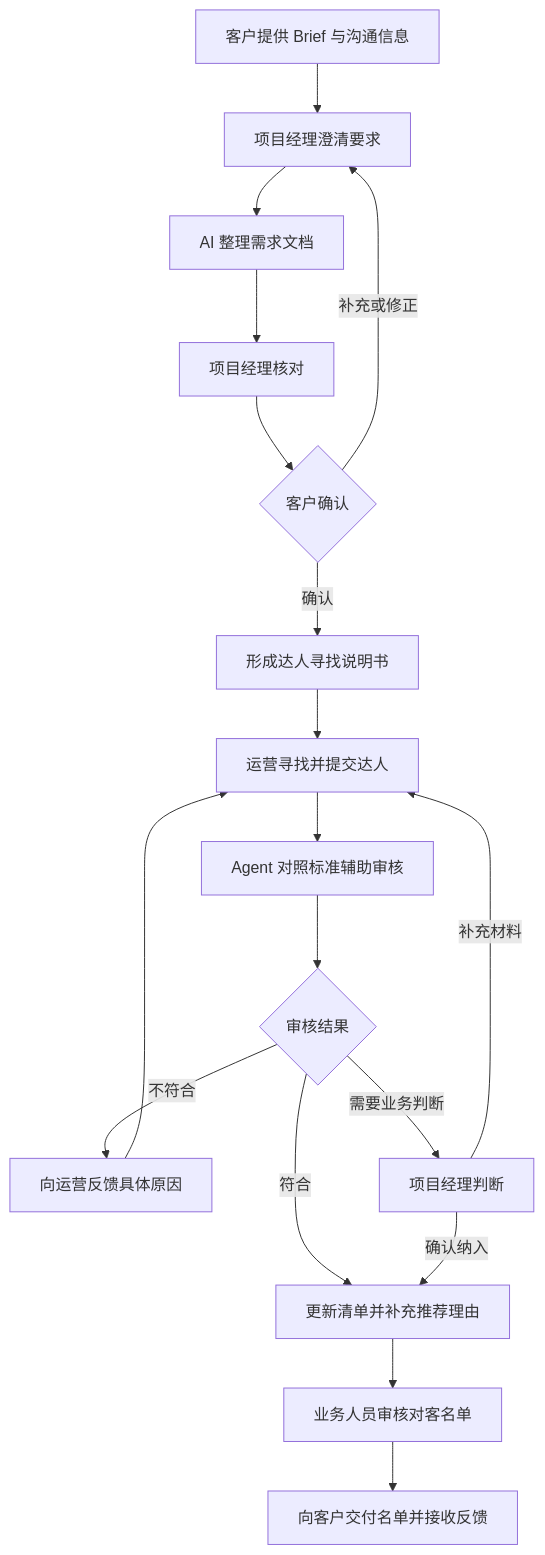
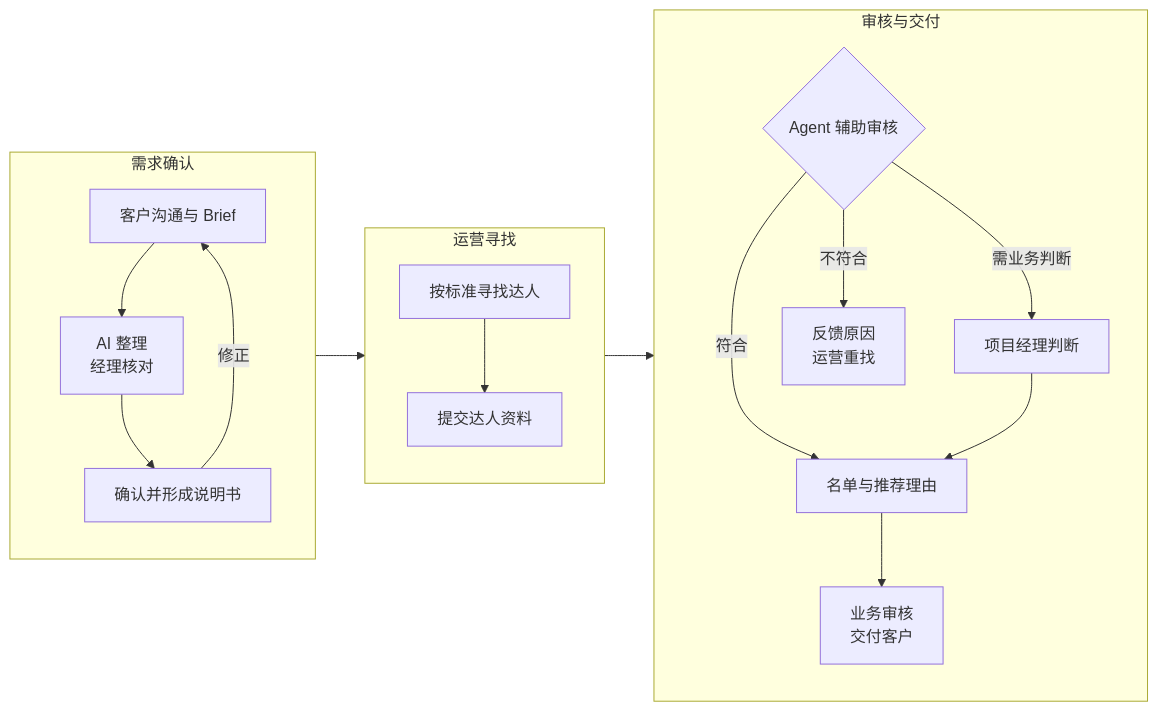
Before and after one commit to cytlabs/personal-site: the first of 2 diagrams in content/cases/creator-marketing-delivery.md, drawn with Mermaid. The commit also changed other lines of this file and 17 other files, not shown here.

First line of the commit message:
统一图表排版、主题和大图查看 (#15)

````diff
--- a/content/cases/creator-marketing-delivery.md
+++ b/content/cases/creator-marketing-delivery.md
@@ -15,20 +15,22 @@
 ```mermaid
-flowchart TD
-    A["客户提供 Brief 与沟通信息"] --> B["项目经理澄清要求"]
-    B --> C["AI 整理需求文档"]
-    C --> D["项目经理核对"]
-    D --> E{"客户确认"}
-    E -->|补充或修正| B
-    E -->|确认| F["形成达人寻找说明书"]
-    F --> G["运营寻找并提交达人"]
-    G --> H["Agent 对照标准辅助审核"]
-    H --> I{"审核结果"}
-    I -->|符合| J["更新清单并补充推荐理由"]
-    I -->|不符合| K["向运营反馈具体原因"]
-    I -->|需要业务判断| L["项目经理判断"]
-    K --> G
-    L -->|补充材料| G
-    L -->|确认纳入| J
-    J --> M["业务人员审核对客名单"]
-    M --> N["向客户交付名单并接收反馈"]
+flowchart LR
+    subgraph NEED["需求确认"]
+        direction TB
+        A["客户沟通与 Brief"] --> B["AI 整理<br/>经理核对"] --> C["确认并形成说明书"]
+        C -->|修正| A
+    end
+    subgraph SOURCE["运营寻找"]
+        direction TB
+        E["按标准寻找达人"] --> F["提交达人资料"]
+    end
+    subgraph REVIEW["审核与交付"]
+        direction TB
+        H{"Agent 辅助审核"}
+        H -->|符合| I["名单与推荐理由"]
+        H -->|需业务判断| J["项目经理判断"]
+        J --> I
+        I --> K["业务审核<br/>交付客户"]
+        H -->|不符合| X["反馈原因<br/>运营重找"]
+    end
+    NEED --> SOURCE --> REVIEW
 ```
````
